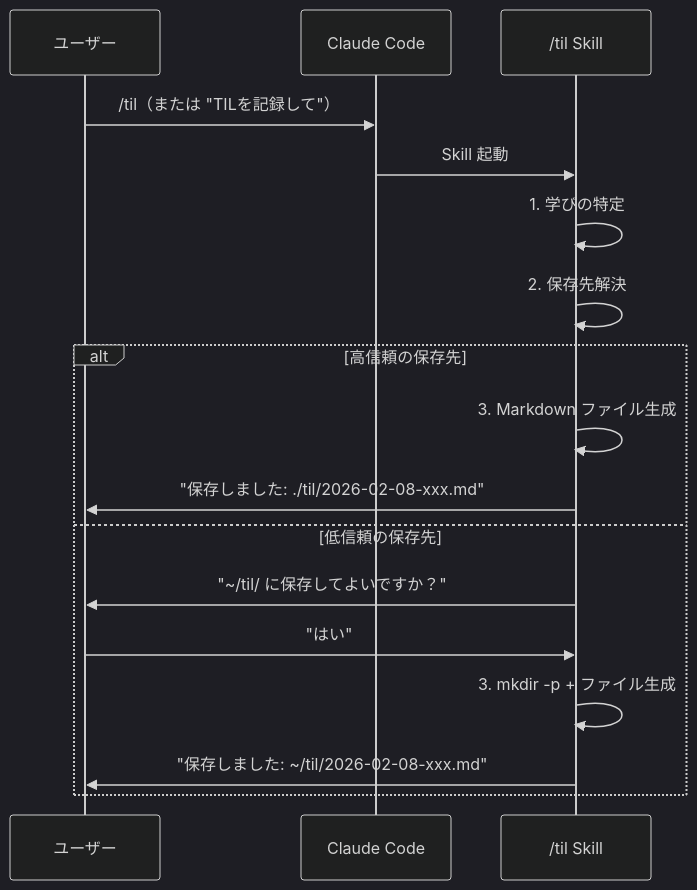
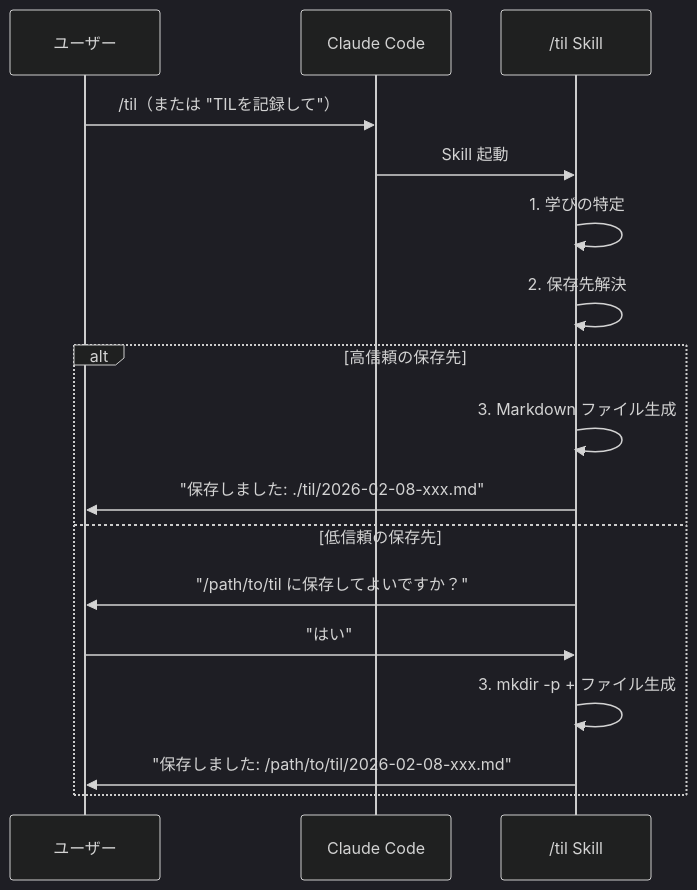
Before and after one commit to qaTororo/til-capture: the fourth of 4 diagrams in docs/spec/02-ux-patterns.md, drawn with Mermaid (dark theme). The commit also changed other lines of this file and 6 other files, not shown here.

First line of the commit message:
docs: update Living Spec and architecture for v1.0.0 release and v1.1.0 (F-111)

````diff
--- a/docs/spec/02-ux-patterns.md
+++ b/docs/spec/02-ux-patterns.md
@@ -177,20 +178,20 @@
 ```mermaid
 sequenceDiagram
     participant U as ユーザー
     participant C as Claude Code
     participant S as /til Skill
 
     U->>C: /til（または "TILを記録して"）
     C->>S: Skill 起動
     S->>S: 1. 学びの特定
     S->>S: 2. 保存先解決
     alt 高信頼の保存先
         S->>S: 3. Markdown ファイル生成
         S->>U: "保存しました: ./til/2026-02-08-xxx.md"
     else 低信頼の保存先
-        S->>U: "~/til/ に保存してよいですか？"
+        S->>U: "/path/to/til に保存してよいですか？"
         U->>S: "はい"
         S->>S: 3. mkdir -p + ファイル生成
-        S->>U: "保存しました: ~/til/2026-02-08-xxx.md"
+        S->>U: "保存しました: /path/to/til/2026-02-08-xxx.md"
     end
 ```
````
